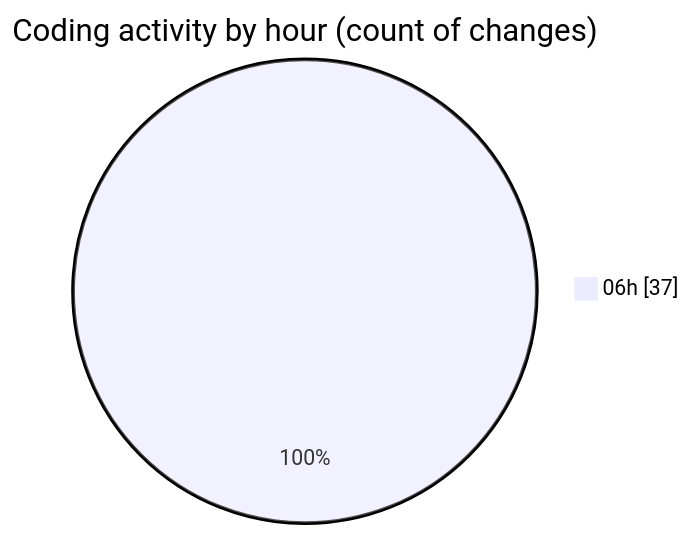
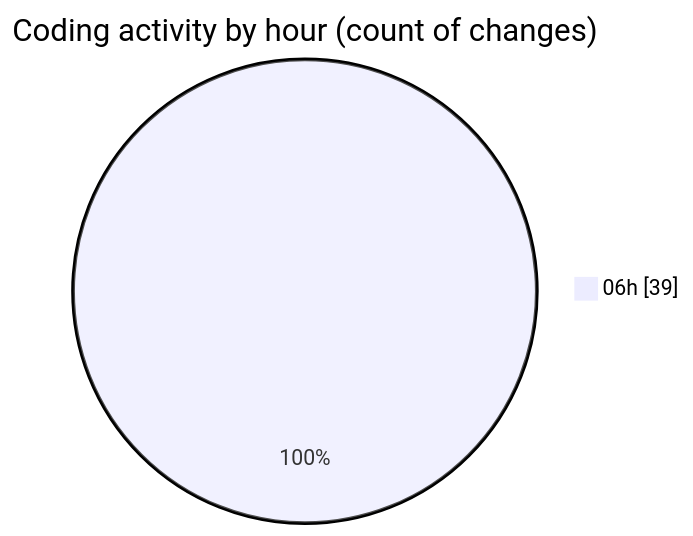
The second of 2 diagrams in 2025-02-25/micros/README.md (charlie-sans/code-tracking), drawn with Mermaid before and after one commit. The commit also changed other lines of this file and 1 other file, not shown here.

````diff
--- a/2025-02-25/micros/README.md
+++ b/2025-02-25/micros/README.md
@@ -40,5 +40,5 @@
 ```mermaid
 pie showData
 title Coding activity by hour (count of changes)
-"06h" : 37
+"06h" : 39
 ```
````
